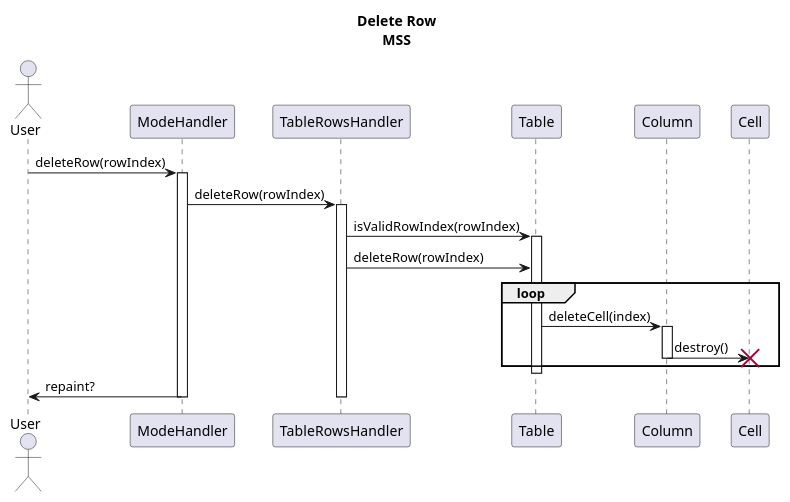
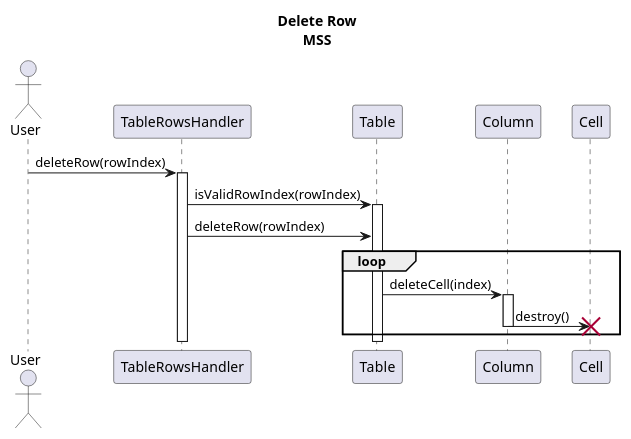
One commit to Bhamoss/softwareOntwerpProject changed the diagram in diagrams/interactionDiagrams/deleteRow.puml. Above: the diagram before and after it, drawn with PlantUML. The commit also changed 12 other files, not shown here.

Commit message:
interactie diagrammen aangepasdt

```diff
--- a/diagrams/interactionDiagrams/deleteRow.puml
+++ b/diagrams/interactionDiagrams/deleteRow.puml
@@ -1,25 +1,22 @@
 @startuml
 title Delete Row\nMSS
 Actor User
-User -> ModeHandler: deleteRow(rowIndex)
-activate ModeHandler
-ModeHandler -> TableRowsHandler: deleteRow(rowIndex)
+
+User -> TableRowsHandler: deleteRow(rowIndex)
 activate TableRowsHandler
 
 TableRowsHandler -> Table: isValidRowIndex(rowIndex)
 activate Table
 TableRowsHandler -> Table: deleteRow(rowIndex)
 
 loop
     Table -> Column: deleteCell(index)
     activate Column
     Column -> Cell: destroy()
     deactivate Column
     destroy Cell
 end
 deactivate Table
 
-ModeHandler -> User: repaint?
 deactivate TableRowsHandler
-deactivate ModeHandler
 @enduml
```
